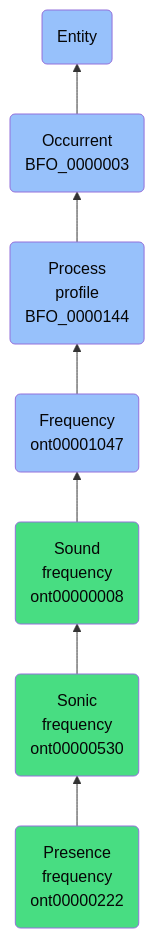
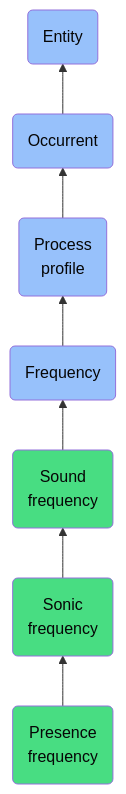
Before and after one commit to jupyter-naas/abi: the diagram in docs/ontology/reference/model/Entity/Occurrent/Process profile/Frequency/Sound frequency/Sonic frequency/Presence frequency/Presence frequency.md, drawn with Mermaid. The commit also changed other lines of this file and 1430 other files, not shown here.

````diff
--- a/docs/ontology/reference/model/Entity/Occurrent/Process profile/Frequency/Sound frequency/Sonic frequency/Presence frequency/Presence frequency.md
+++ b/docs/ontology/reference/model/Entity/Occurrent/Process profile/Frequency/Sound frequency/Sonic frequency/Presence frequency/Presence frequency.md
@@ -24,14 +24,14 @@
 ```mermaid
 graph BT
-    ont00000222(Presence<br>frequency<br>ont00000222):::ABI-->ont00000530
-    ont00000530(Sonic<br>frequency<br>ont00000530):::ABI-->ont00000008
-    ont00000008(Sound<br>frequency<br>ont00000008):::ABI-->ont00001047
-    ont00001047(Frequency<br>ont00001047):::BFO-->BFO_0000144
-    BFO_0000144(Process<br>profile<br>BFO_0000144):::BFO-->BFO_0000003
-    BFO_0000003(Occurrent<br>BFO_0000003):::BFO-->BFO_0000001
+    ont00000222(Presence<br>frequency):::ABI-->ont00000530
+    ont00000530(Sonic<br>frequency):::ABI-->ont00000008
+    ont00000008(Sound<br>frequency):::ABI-->ont00001047
+    ont00001047(Frequency):::BFO-->BFO_0000144
+    BFO_0000144(Process<br>profile):::BFO-->BFO_0000003
+    BFO_0000003(Occurrent):::BFO-->BFO_0000001
     BFO_0000001(Entity):::BFO
     
     classDef BFO fill:#97c1fb,color:#060606
     classDef CCO fill:#e4c51e,color:#060606
     classDef ABI fill:#48DD82,color:#060606
 ```
````
